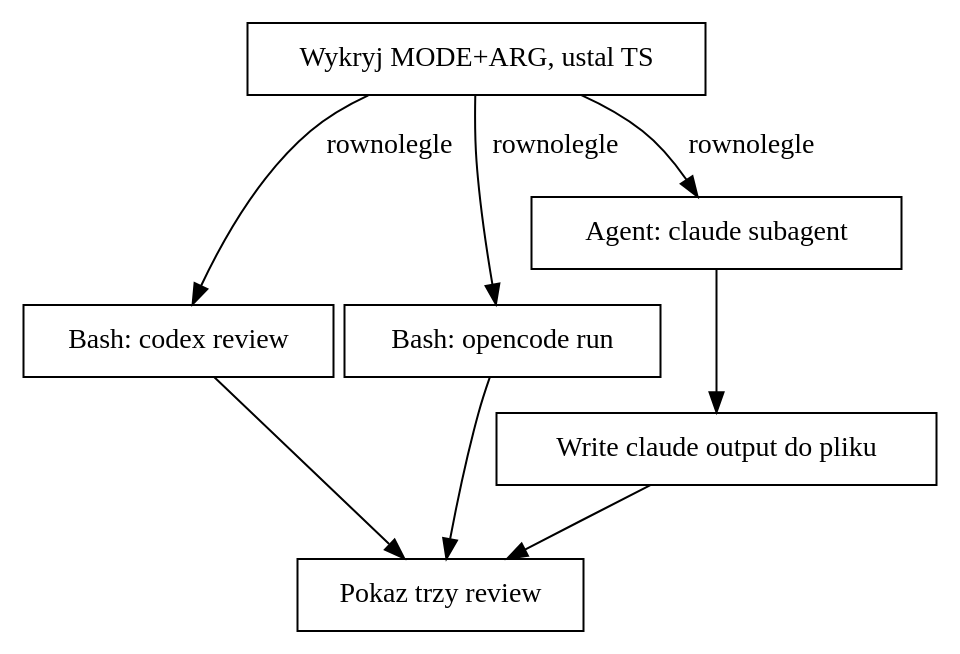
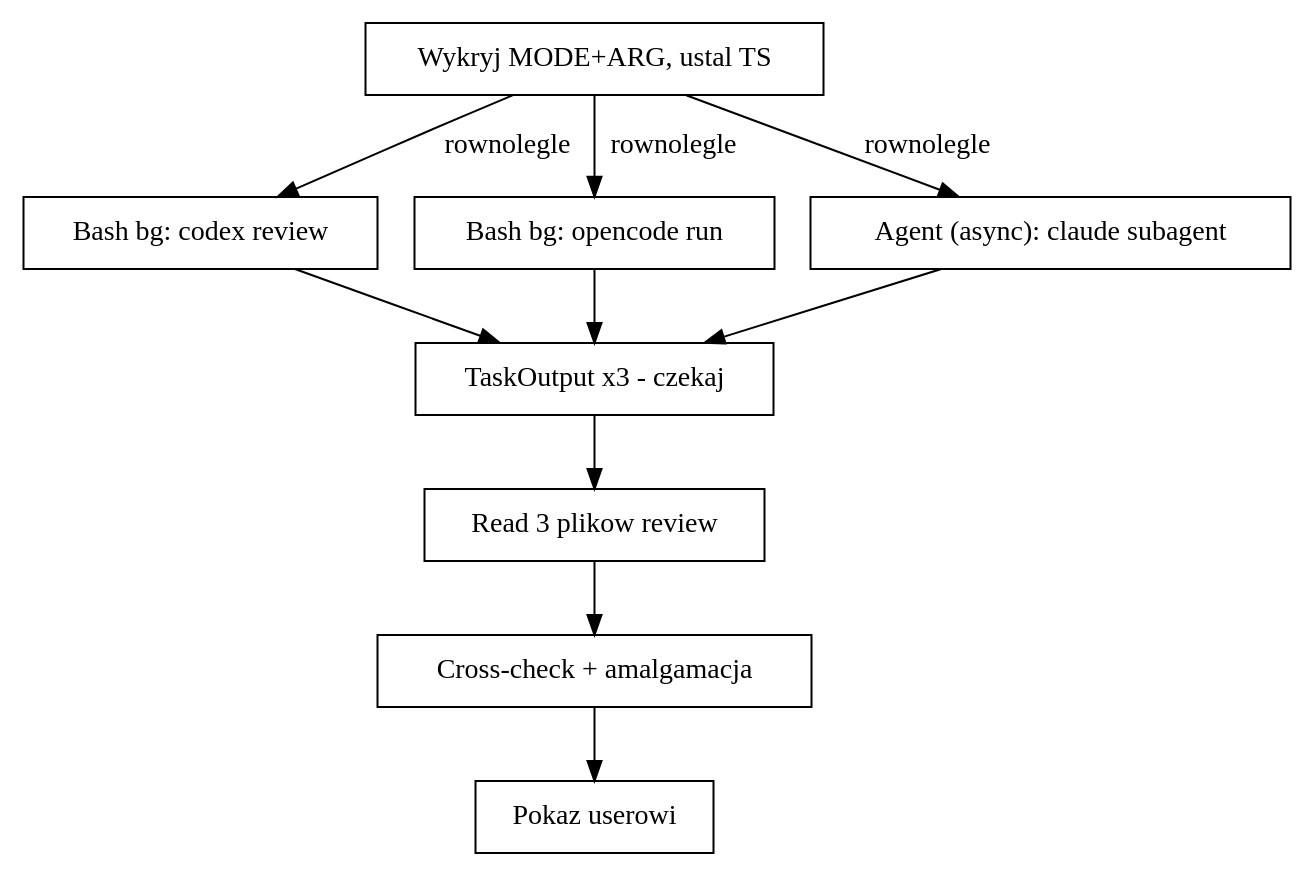
One commit to iplweb/claude-skills changed the diagram in plugins/code-review-external/skills/code-review-external/SKILL.md. Above: the diagram before and after it, drawn with Graphviz. The commit also changed other lines of this file and 5 other files, not shown here.

````diff
--- a/plugins/code-review-external/skills/code-review-external/SKILL.md
+++ b/plugins/code-review-external/skills/code-review-external/SKILL.md
@@ -50,18 +53,22 @@
 ```dot
 digraph flow {
   "Wykryj MODE+ARG, ustal TS" [shape=box];
-  "Bash: codex review" [shape=box];
-  "Bash: opencode run" [shape=box];
-  "Agent: claude subagent" [shape=box];
-  "Write claude output do pliku" [shape=box];
-  "Pokaz trzy review" [shape=box];
+  "Bash bg: codex review" [shape=box];
+  "Bash bg: opencode run" [shape=box];
+  "Agent (async): claude subagent" [shape=box];
+  "TaskOutput x3 - czekaj" [shape=box];
+  "Read 3 plikow review" [shape=box];
+  "Cross-check + amalgamacja" [shape=box];
+  "Pokaz userowi" [shape=box];
 
-  "Wykryj MODE+ARG, ustal TS" -> "Bash: codex review" [label="rownolegle"];
-  "Wykryj MODE+ARG, ustal TS" -> "Bash: opencode run" [label="rownolegle"];
-  "Wykryj MODE+ARG, ustal TS" -> "Agent: claude subagent" [label="rownolegle"];
-  "Bash: codex review" -> "Pokaz trzy review";
-  "Bash: opencode run" -> "Pokaz trzy review";
-  "Agent: claude subagent" -> "Write claude output do pliku";
-  "Write claude output do pliku" -> "Pokaz trzy review";
+  "Wykryj MODE+ARG, ustal TS" -> "Bash bg: codex review" [label="rownolegle"];
+  "Wykryj MODE+ARG, ustal TS" -> "Bash bg: opencode run" [label="rownolegle"];
+  "Wykryj MODE+ARG, ustal TS" -> "Agent (async): claude subagent" [label="rownolegle"];
+  "Bash bg: codex review" -> "TaskOutput x3 - czekaj";
+  "Bash bg: opencode run" -> "TaskOutput x3 - czekaj";
+  "Agent (async): claude subagent" -> "TaskOutput x3 - czekaj";
+  "TaskOutput x3 - czekaj" -> "Read 3 plikow review";
+  "Read 3 plikow review" -> "Cross-check + amalgamacja";
+  "Cross-check + amalgamacja" -> "Pokaz userowi";
 }
 ```
````
